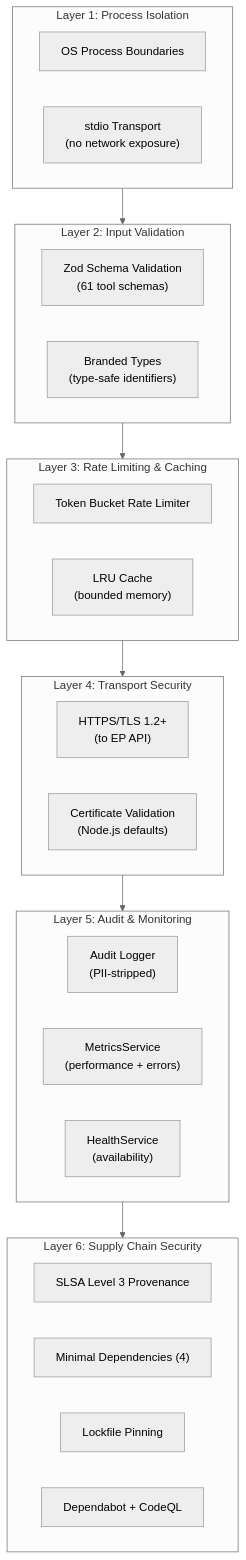
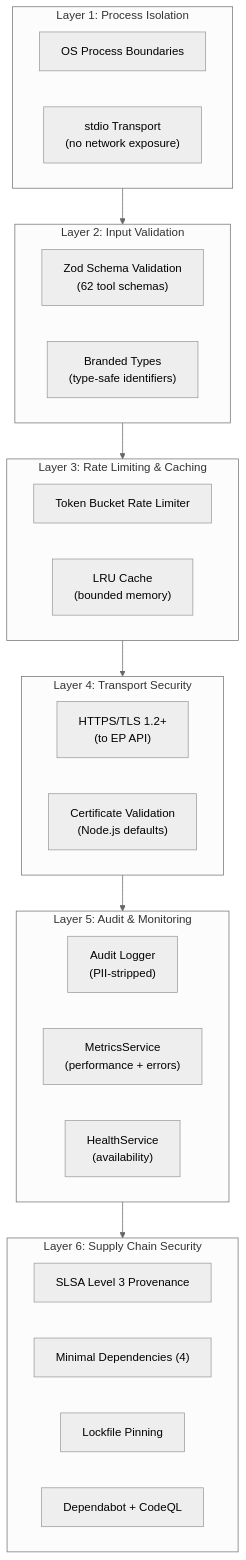
One commit to Hack23/European-Parliament-MCP-Server changed the tenth of 10 diagrams in api-markdown/documents/SECURITY_ARCHITECTURE.md. Above: the diagram before and after it, drawn with Mermaid (neutral theme). The commit also changed other lines of this file and 1848 other files, not shown here.

````diff
--- a/api-markdown/documents/SECURITY_ARCHITECTURE.md
+++ b/api-markdown/documents/SECURITY_ARCHITECTURE.md
@@ -677,37 +677,37 @@
 ```mermaid
 flowchart TD
     subgraph Layer1["Layer 1: Process Isolation"]
         OS["OS Process Boundaries"]
         STDIO["stdio Transport\n(no network exposure)"]
     end
 
     subgraph Layer2["Layer 2: Input Validation"]
-        ZOD["Zod Schema Validation\n(61 tool schemas)"]
+        ZOD["Zod Schema Validation\n(62 tool schemas)"]
         BT["Branded Types\n(type-safe identifiers)"]
     end
 
     subgraph Layer3["Layer 3: Rate Limiting & Caching"]
         RL["Token Bucket Rate Limiter"]
         LRU["LRU Cache\n(bounded memory)"]
     end
 
     subgraph Layer4["Layer 4: Transport Security"]
         TLS["HTTPS/TLS 1.2+\n(to EP API)"]
         CERT["Certificate Validation\n(Node.js defaults)"]
     end
 
     subgraph Layer5["Layer 5: Audit & Monitoring"]
         AUDIT["Audit Logger\n(PII-stripped)"]
         METRICS["MetricsService\n(performance + errors)"]
         HEALTH["HealthService\n(availability)"]
     end
 
     subgraph Layer6["Layer 6: Supply Chain Security"]
         SLSA["SLSA Level 3 Provenance"]
         DEPS["Minimal Dependencies (4)"]
         LOCK["Lockfile Pinning"]
         SCAN["Dependabot + CodeQL"]
     end
 
     Layer1 --> Layer2 --> Layer3 --> Layer4 --> Layer5 --> Layer6
 ```
````
